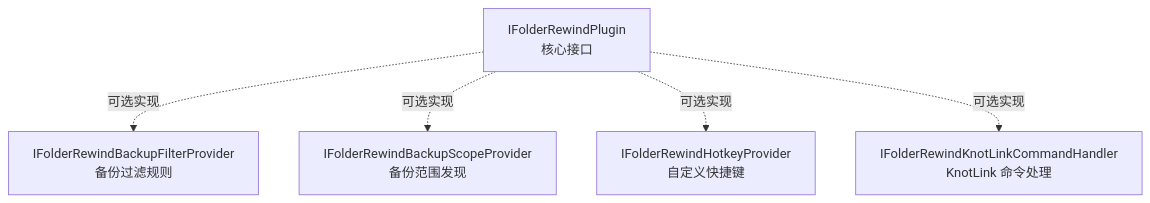
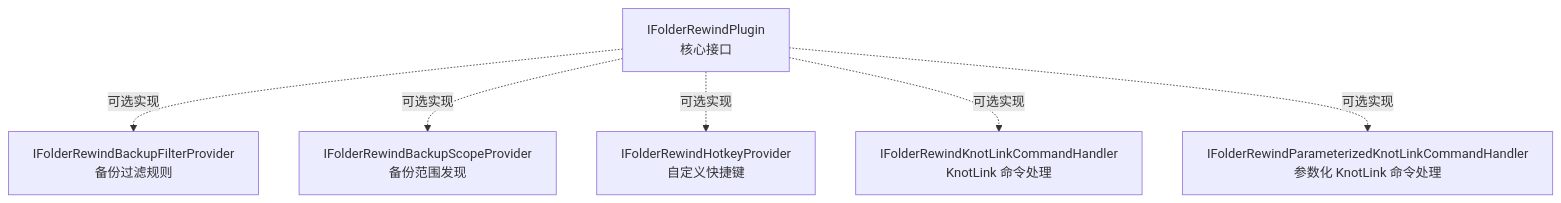
One commit to Leafuke/FolderRewind-Site changed the first of 2 diagrams in docs/architecture/plugin-system.md. Above: the diagram before and after it, drawn with Mermaid. The commit also changed other lines of this file, not shown here.

Commit message:
docs(site): fix plugin-system architecture doc to match actual API

````diff
--- a/docs/architecture/plugin-system.md
+++ b/docs/architecture/plugin-system.md
@@ -13,13 +19,15 @@
 ```mermaid
 graph TB
     IFolderRewindPlugin["IFolderRewindPlugin<br/>核心接口"]
     IFilterProvider["IFolderRewindBackupFilterProvider<br/>备份过滤规则"]
     IScopeProvider["IFolderRewindBackupScopeProvider<br/>备份范围发现"]
     IHotkeyProvider["IFolderRewindHotkeyProvider<br/>自定义快捷键"]
     IKnotLinkHandler["IFolderRewindKnotLinkCommandHandler<br/>KnotLink 命令处理"]
+    IParameterizedKnotLinkHandler["IFolderRewindParameterizedKnotLinkCommandHandler<br/>参数化 KnotLink 命令处理"]
 
     IFolderRewindPlugin -.->|可选实现| IFilterProvider
     IFolderRewindPlugin -.->|可选实现| IScopeProvider
     IFolderRewindPlugin -.->|可选实现| IHotkeyProvider
     IFolderRewindPlugin -.->|可选实现| IKnotLinkHandler
+    IFolderRewindPlugin -.->|可选实现| IParameterizedKnotLinkHandler
 ```
````
